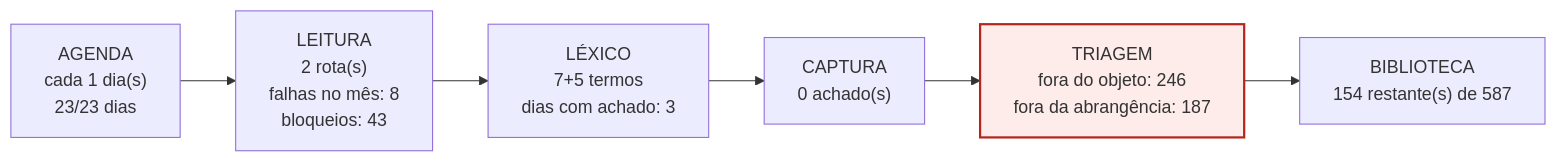
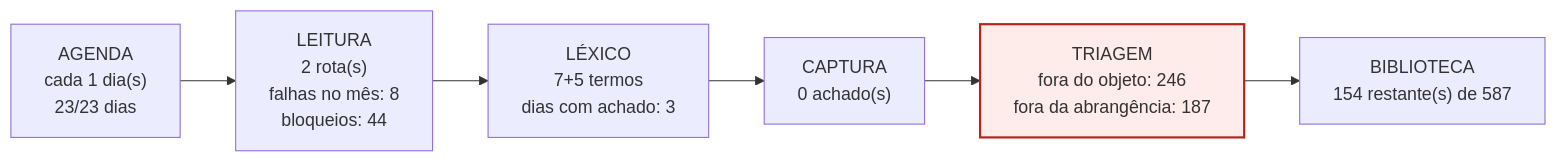
One commit to amcjardimamerica-arch/Eldorado changed diagram 11 of 30 in biblioteca_alexandria/pareceres/RELATORIO-MOTORES-INDIVIDUAL-2026-09-24.md. Above: the diagram before and after it, drawn with Mermaid. The commit also changed other lines of this file and 10 other files, not shown here.

````diff
--- a/biblioteca_alexandria/pareceres/RELATORIO-MOTORES-INDIVIDUAL-2026-09-24.md
+++ b/biblioteca_alexandria/pareceres/RELATORIO-MOTORES-INDIVIDUAL-2026-09-24.md
@@ -437,11 +437,11 @@
 ```mermaid
 flowchart LR
   A["AGENDA<br/>cada 1 dia(s)<br/>23/23 dias"]
-  L["LEITURA<br/>2 rota(s)<br/>falhas no mês: 8<br/>bloqueios: 43"]
+  L["LEITURA<br/>2 rota(s)<br/>falhas no mês: 8<br/>bloqueios: 44"]
   X["LÉXICO<br/>7+5 termos<br/>dias com achado: 3"]
   C["CAPTURA<br/>0 achado(s)"]
   T["TRIAGEM<br/>fora do objeto: 246<br/>fora da abrangência: 187"]
   B["BIBLIOTECA<br/>154 restante(s) de 587"]
   A --> L --> X --> C --> T --> B
   style T fill:#FDECEA,stroke:#B3261E,stroke-width:2px
 ```
````
